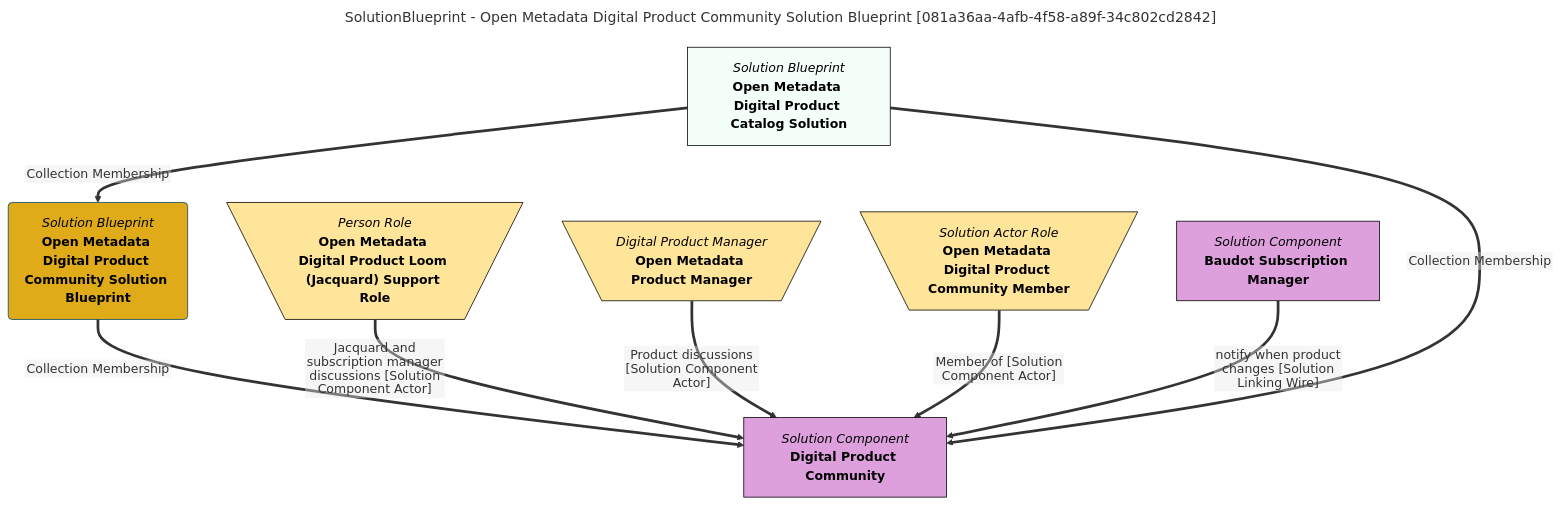
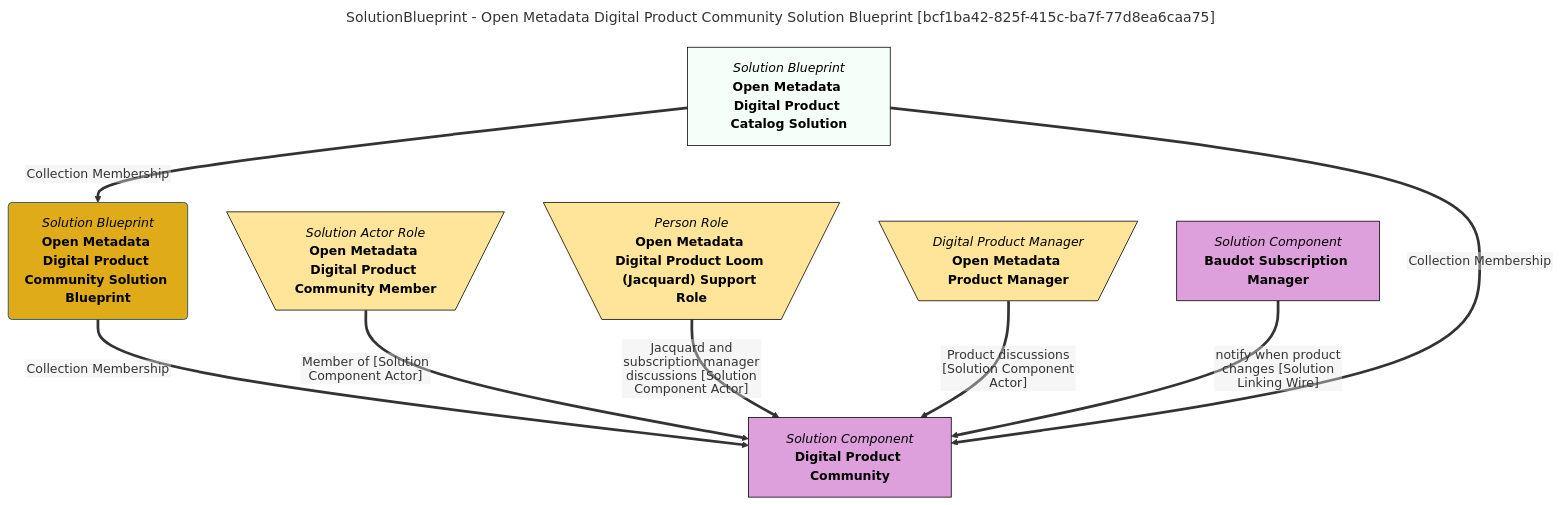
Before and after one commit to odpi/egeria-docs: the diagram in site/snippets/blueprints/digital-products/open-metadata-digital-product-community-solution-blueprint-mermaid-graph.md, drawn with Mermaid. The commit also changed 2201 other files, not shown here.

````diff
--- a/site/snippets/blueprints/digital-products/open-metadata-digital-product-community-solution-blueprint-mermaid-graph.md
+++ b/site/snippets/blueprints/digital-products/open-metadata-digital-product-community-solution-blueprint-mermaid-graph.md
@@ -1,36 +1,36 @@
 ```mermaid
 ---
-title: SolutionBlueprint - Open Metadata Digital Product Community Solution Blueprint [081a36aa-4afb-4f58-a89f-34c802cd2842]
+title: SolutionBlueprint - Open Metadata Digital Product Community Solution Blueprint [bcf1ba42-825f-415c-ba7f-77d8ea6caa75]
 ---
 flowchart TD
 %%{init: {"flowchart": {"htmlLabels": false}} }%%
 
 1@{ shape: rounded, label: "*Solution Blueprint*
 **Open Metadata Digital Product Community Solution Blueprint**"}
 2@{ shape: rect, label: "*Solution Blueprint*
 **Open Metadata Digital Product Catalog Solution**"}
 2==>|"Collection Membership"|1
 3@{ shape: rect, label: "*Solution Component*
 **Digital Product Community**"}
 1==>|"Collection Membership"|3
-4@{ shape: trap-t, label: "*Person Role*
+4@{ shape: trap-t, label: "*Solution Actor Role*
+**Open Metadata Digital Product Community Member**"}
+4==>|"Member of [Solution Component Actor]"|3
+5@{ shape: trap-t, label: "*Person Role*
 **Open Metadata Digital Product Loom (Jacquard) Support Role**"}
-4==>|"Jacquard and subscription manager discussions [Solution Component Actor]"|3
-5@{ shape: trap-t, label: "*Digital Product Manager*
+5==>|"Jacquard and subscription manager discussions [Solution Component Actor]"|3
+6@{ shape: trap-t, label: "*Digital Product Manager*
 **Open Metadata Product Manager**"}
-5==>|"Product discussions [Solution Component Actor]"|3
-6@{ shape: trap-t, label: "*Solution Actor Role*
-**Open Metadata Digital Product Community Member**"}
-6==>|"Member of [Solution Component Actor]"|3
+6==>|"Product discussions [Solution Component Actor]"|3
 7@{ shape: rect, label: "*Solution Component*
 **Baudot Subscription Manager**"}
 7==>|"notify when product changes [Solution Linking Wire]"|3
 2==>|"Collection Membership"|3
 style 1 color:#000000, fill:#e0ab18, stroke:#004563
 style 2 color:#000000, fill:#f5fffa, stroke:#000000
-style 3 color:#000000, fill:#dda0dd, stroke:#000000
+style 3 color:#000000, fill:#DDA0DD, stroke:#000000
 style 4 color:#000000, fill:#FFE599, stroke:#000000
 style 5 color:#000000, fill:#FFE599, stroke:#000000
 style 6 color:#000000, fill:#FFE599, stroke:#000000
-style 7 color:#000000, fill:#dda0dd, stroke:#000000
+style 7 color:#000000, fill:#DDA0DD, stroke:#000000
 ```
````
